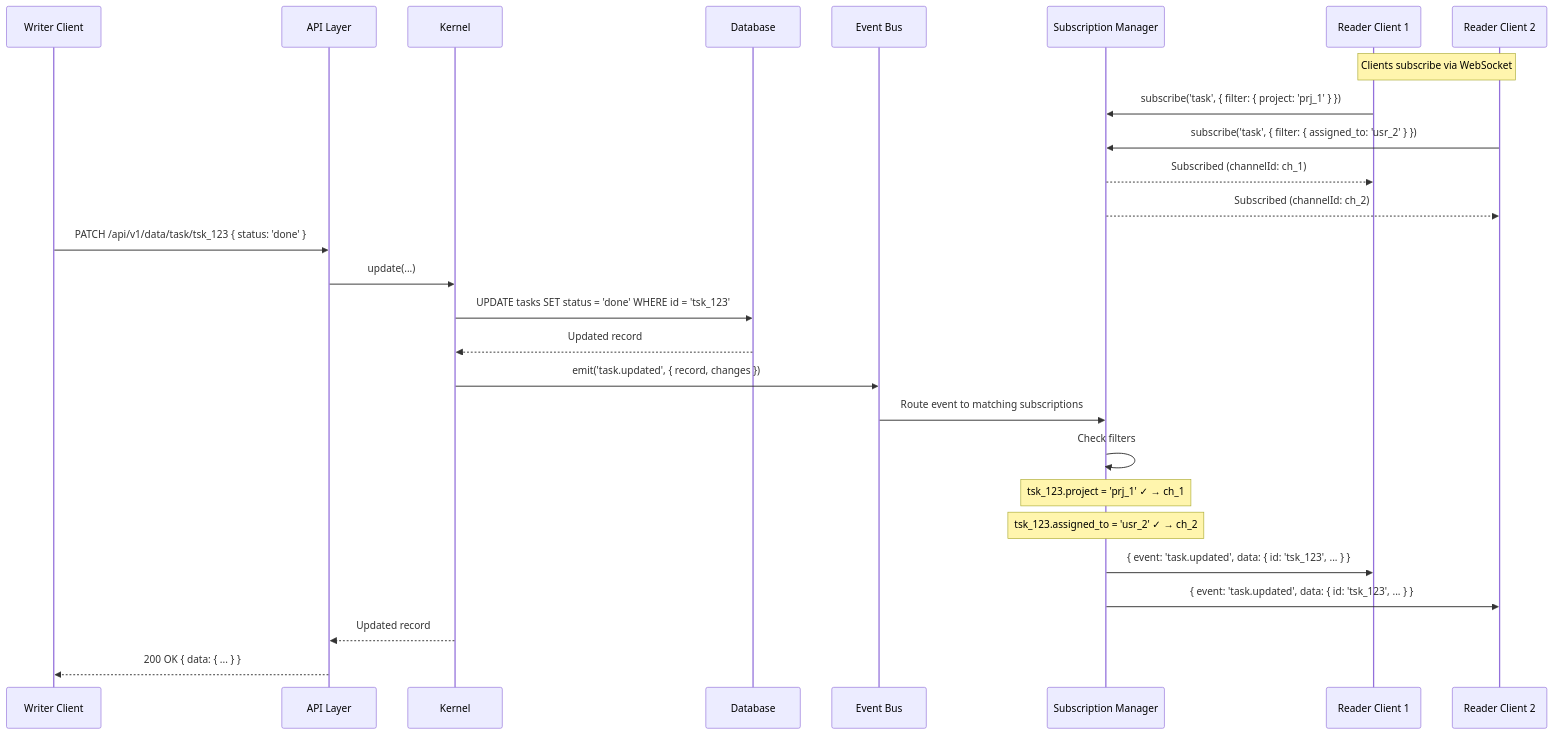
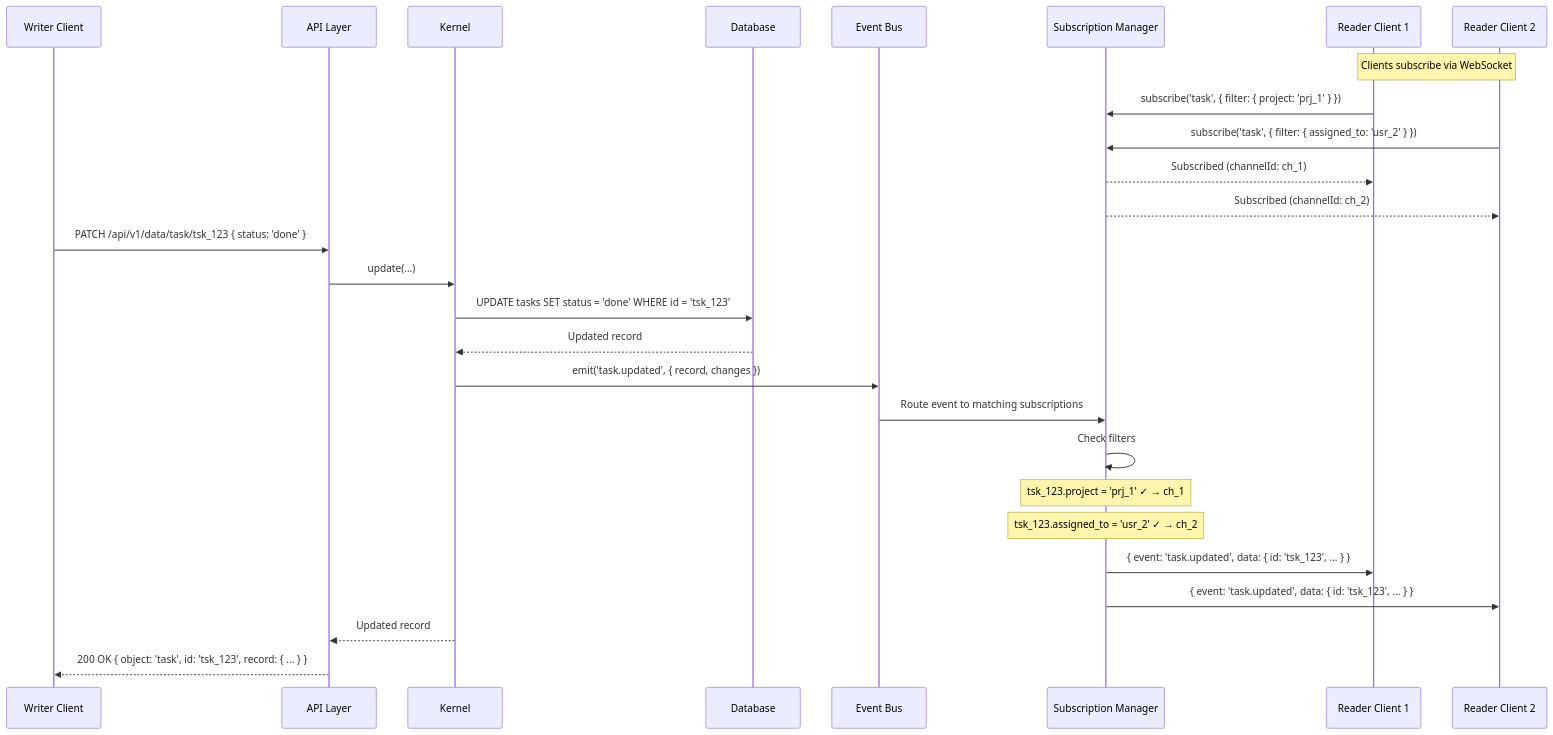
The fifth of 7 diagrams in content/docs/api/data-flow.mdx (objectstack-ai/objectstack), drawn with Mermaid before and after one commit. The commit also changed other lines of this file and 40 other files, not shown here.

````diff
--- a/content/docs/api/data-flow.mdx
+++ b/content/docs/api/data-flow.mdx
@@ -214,37 +218,37 @@
 ```mermaid
 sequenceDiagram
     participant W as Writer Client
     participant API as API Layer
     participant K as Kernel
     participant DB as Database
     participant EB as Event Bus
     participant Sub as Subscription Manager
     participant R1 as Reader Client 1
     participant R2 as Reader Client 2
 
     Note over R1,R2: Clients subscribe via WebSocket
 
     R1->>Sub: subscribe('task', { filter: { project: 'prj_1' } })
     R2->>Sub: subscribe('task', { filter: { assigned_to: 'usr_2' } })
     Sub-->>R1: Subscribed (channelId: ch_1)
     Sub-->>R2: Subscribed (channelId: ch_2)
 
     W->>API: PATCH /api/v1/data/task/tsk_123 { status: 'done' }
     API->>K: update(...)
     K->>DB: UPDATE tasks SET status = 'done' WHERE id = 'tsk_123'
     DB-->>K: Updated record
 
     K->>EB: emit('task.updated', { record, changes })
 
     EB->>Sub: Route event to matching subscriptions
     Sub->>Sub: Check filters
 
     Note over Sub: tsk_123.project = 'prj_1' ✓ → ch_1
     Note over Sub: tsk_123.assigned_to = 'usr_2' ✓ → ch_2
 
     Sub->>R1: { event: 'task.updated', data: { id: 'tsk_123', ... } }
     Sub->>R2: { event: 'task.updated', data: { id: 'tsk_123', ... } }
 
     K-->>API: Updated record
-    API-->>W: 200 OK { data: { ... } }
+    API-->>W: 200 OK { object: 'task', id: 'tsk_123', record: { ... } }
 ```
````
